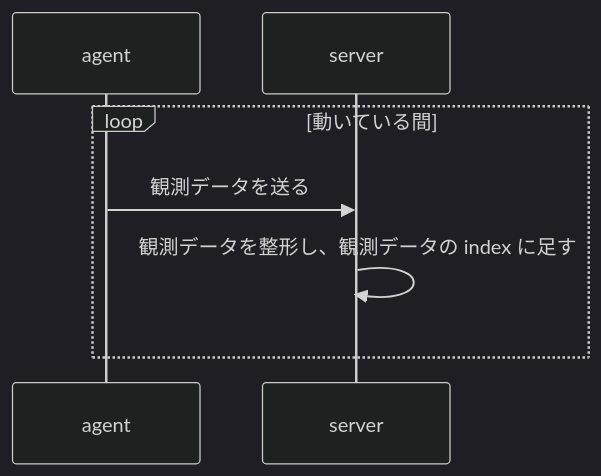
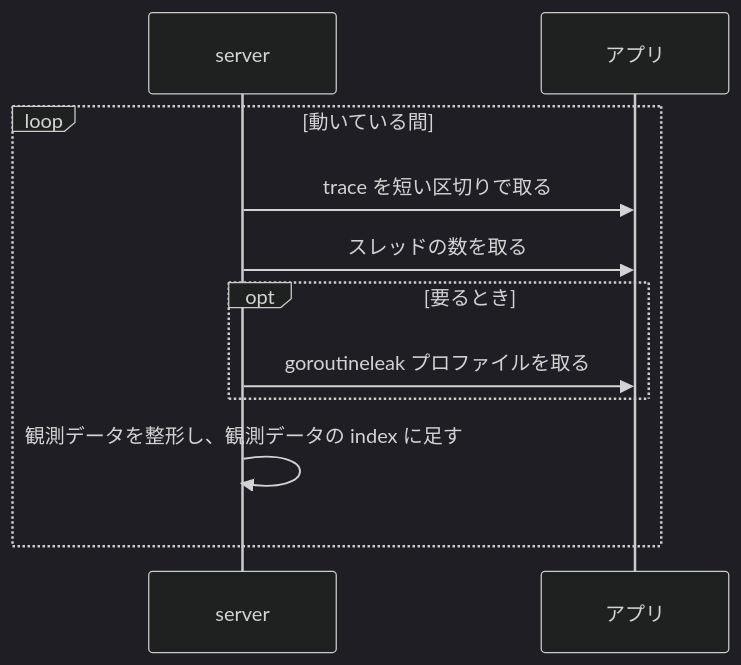
One commit to kakkky/gorviz changed the third of 7 diagrams in docs/design.md. Above: the diagram before and after it, drawn with Mermaid (dark theme). The commit also changed other lines of this file and 62 other files, not shown here.

````diff
--- a/docs/design.md
+++ b/docs/design.md
@@ -149,10 +140,14 @@
 ```mermaid
 sequenceDiagram
-    participant A as agent
     participant S as server
+    participant App as アプリ
 
     loop 動いている間
-        A->>S: 観測データを送る
+        S->>App: trace を短い区切りで取る
+        S->>App: スレッドの数を取る
+        opt 要るとき
+            S->>App: goroutineleak プロファイルを取る
+        end
         S->>S: 観測データを整形し、観測データの index に足す
     end
 ```
````
